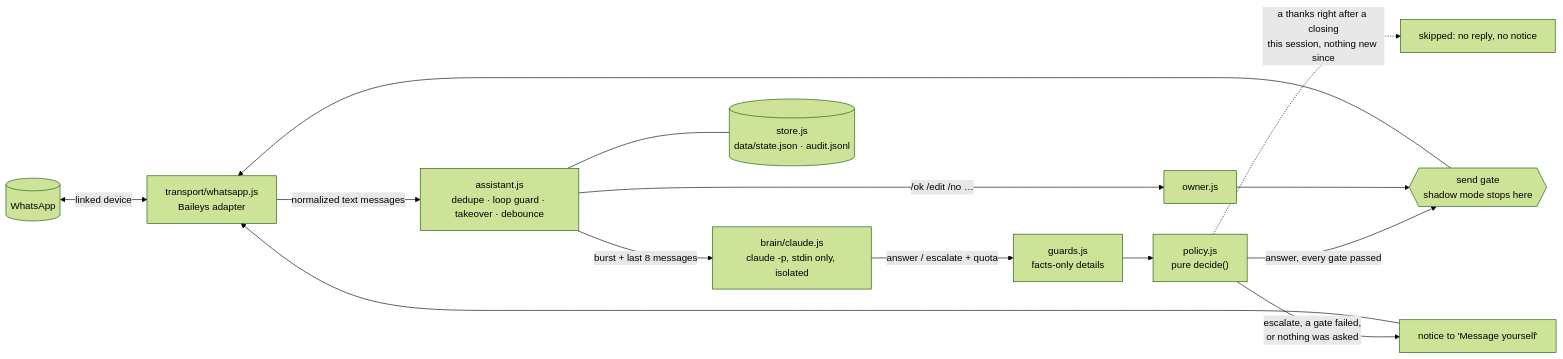
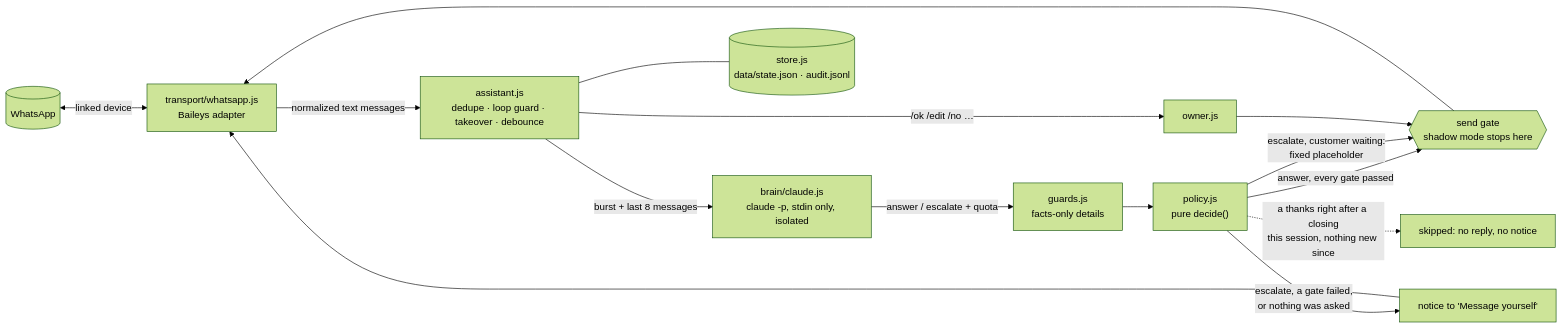
Before and after one commit to dolphinigle/wa-claude-assistant: the diagram in README.md, drawn with Mermaid (forest theme). The commit also changed other lines of this file and 6 other files, not shown here.

````diff
--- a/README.md
+++ b/README.md
@@ -42,16 +42,17 @@
 ```mermaid
 flowchart LR
   WA[("WhatsApp")] <-->|linked device| T["transport/whatsapp.js<br/>Baileys adapter"]
   T -->|normalized text messages| A["assistant.js<br/>dedupe · loop guard · takeover · debounce"]
   A -->|"burst + last 8 messages"| B["brain/claude.js<br/>claude -p, stdin only, isolated"]
   B -->|"answer / escalate + quota"| G["guards.js<br/>facts-only details"]
   G --> P["policy.js<br/>pure decide()"]
   P -->|"answer, every gate passed"| S{{"send gate<br/>shadow mode stops here"}}
   P -->|"escalate, a gate failed,<br/>or nothing was asked"| N["notice to 'Message yourself'"]
+  P -->|"escalate, customer waiting:<br/>fixed placeholder"| S
   P -.->|"a thanks right after a closing<br/>this session, nothing new since"| K["skipped: no reply, no notice"]
   A -->|"/ok /edit /no …"| O["owner.js"]
   O --> S
   S --> T
   N --> T
   A --- ST[("store.js<br/>data/state.json · audit.jsonl")]
 ```
````
